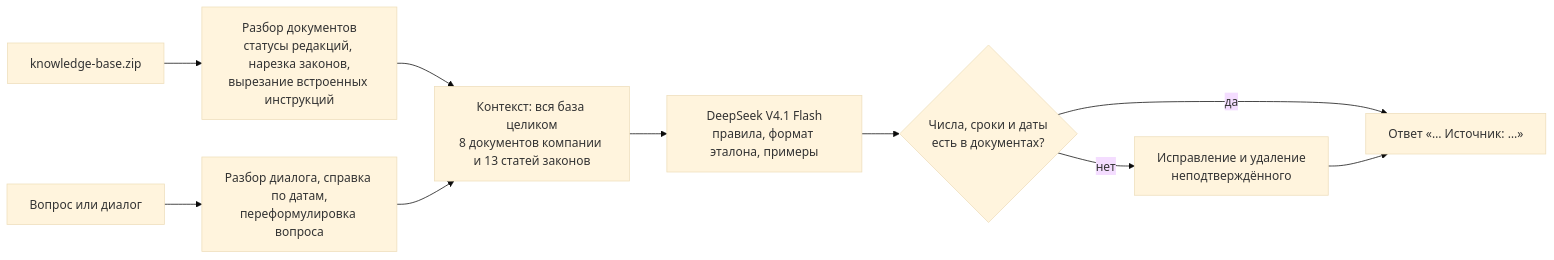
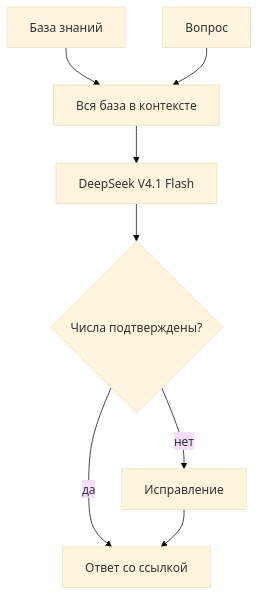
The diagram in README.md (Asebaie/Triple-I), drawn with Mermaid (base theme) before and after one commit. The commit also changed other lines of this file, not shown here.

````diff
--- a/README.md
+++ b/README.md
@@ -7,12 +7,10 @@
 ```mermaid
-flowchart LR
-    KB[knowledge-base.zip] --> P[Разбор документов<br/>статусы редакций, нарезка законов,<br/>вырезание встроенных инструкций]
-    Q[Вопрос или диалог] --> D[Разбор диалога, справка по датам,<br/>переформулировка вопроса]
-    P --> C[Контекст: вся база целиком<br/>8 документов компании и 13 статей законов]
-    D --> C
-    C --> G[DeepSeek V4.1 Flash<br/>правила, формат эталона, примеры]
-    G --> V{Числа, сроки и даты<br/>есть в документах?}
-    V -->|да| A[Ответ «… Источник: …»]
-    V -->|нет| R[Исправление и удаление<br/>неподтверждённого]
+flowchart TD
+    KB[База знаний] --> C[Вся база в контексте]
+    Q[Вопрос] --> C
+    C --> G[DeepSeek V4.1 Flash]
+    G --> V{Числа подтверждены?}
+    V -->|да| A[Ответ со ссылкой]
+    V -->|нет| R[Исправление]
     R --> A
 ```
````
